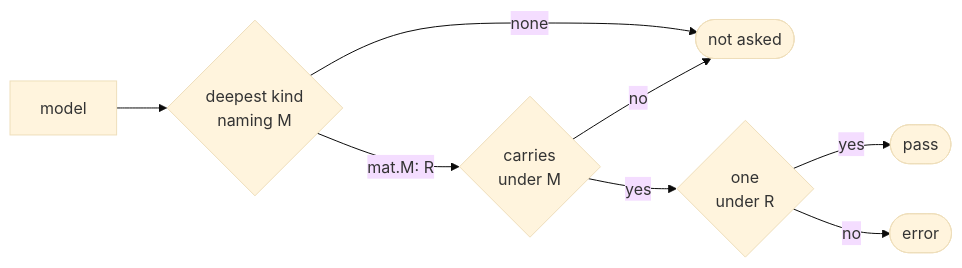
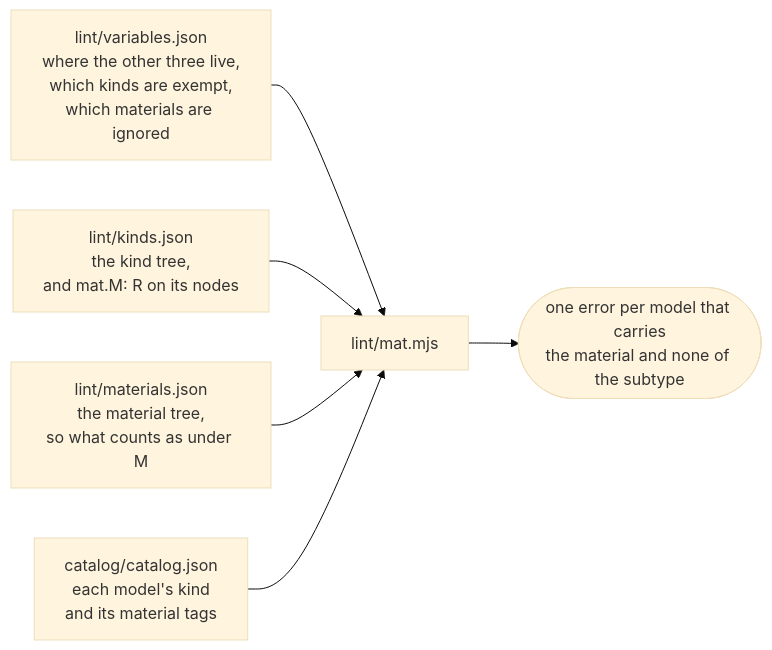
One commit to Paumen/Taalei changed the diagram in docs/asset_style_guide.md. Above: the diagram before and after it, drawn with Mermaid (base theme).

Commit message:
Show the lint's inputs in section 4.1 instead of its branches
Claude-Session: https://claude.ai/code/session_01WSw3EfvwRoKbd1BgiD7vpB

````diff
--- a/docs/asset_style_guide.md
+++ b/docs/asset_style_guide.md
@@ -211,10 +211,8 @@
 ```mermaid
 flowchart LR
-  A["model"] --> B{"deepest kind<br/>naming M"}
-  B -- none --> N(["not asked"])
-  B -- "mat.M: R" --> C{"carries<br/>under M"}
-  C -- no --> N
-  C -- yes --> D{"one<br/>under R"}
-  D -- yes --> P(["pass"])
-  D -- no --> E(["error"])
+  V["lint/variables.json<br/>where the other three live,<br/>which kinds are exempt,<br/>which materials are ignored"] --> L["lint/mat.mjs"]
+  K["lint/kinds.json<br/>the kind tree,<br/>and mat.M: R on its nodes"] --> L
+  T["lint/materials.json<br/>the material tree,<br/>so what counts as under M"] --> L
+  C["catalog/catalog.json<br/>each model's kind<br/>and its material tags"] --> L
+  L --> O(["one error per model that carries<br/>the material and none of the subtype"])
 ```
````
